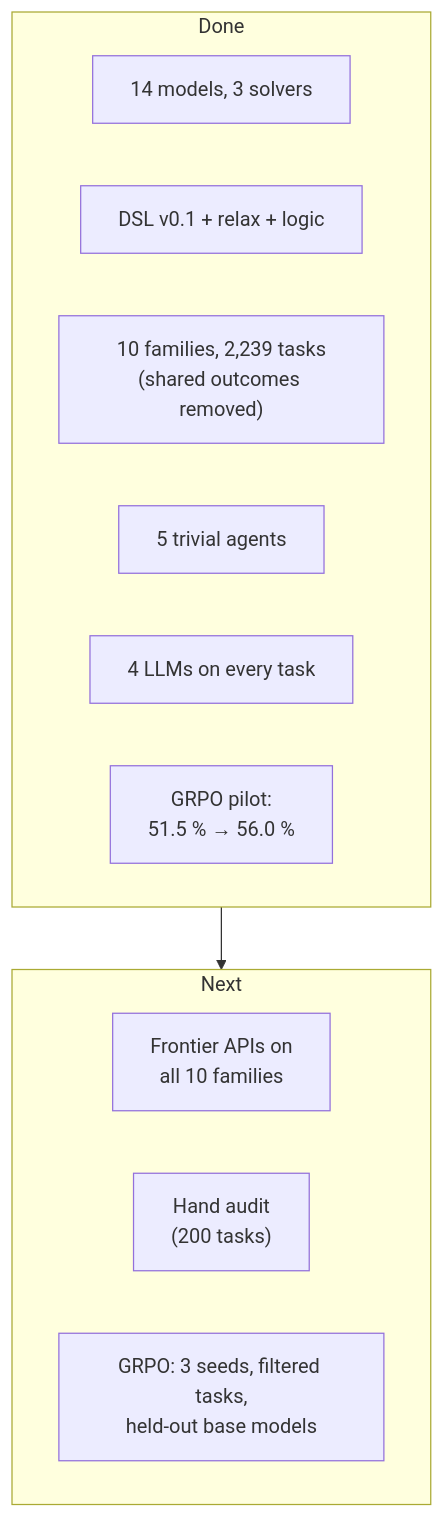
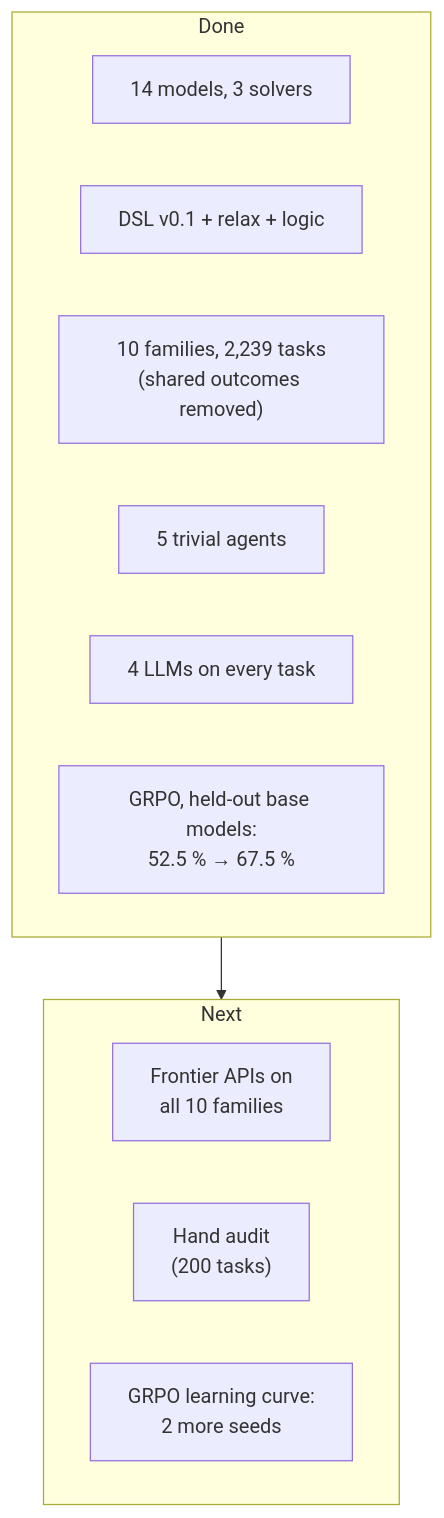
Before and after one commit to aptgetnitin/whatifgym: the tenth of 10 diagrams in README.md, drawn with Mermaid. The commit also changed other lines of this file and 4 other files, not shown here.

First line of the commit message:
Run 5: GRPO learning curve, 14 held-out base models (52.5 % -> 67.5 %, one seed)

````diff
--- a/README.md
+++ b/README.md
@@ -664,19 +698,19 @@
 ```mermaid
 flowchart TB
     subgraph D["Done"]
         direction LR
         D1["14 models, 3 solvers"]
         D2["DSL v0.1 + relax + logic"]
         D3["10 families, 2,239 tasks<br/>(shared outcomes removed)"]
         D4["5 trivial agents"]
         D5["4 LLMs on every task"]
-        D6["GRPO pilot:<br/>51.5 % → 56.0 %"]
+        D6["GRPO, held-out base models:<br/>52.5 % → 67.5 %"]
     end
     subgraph X["Next"]
         direction LR
         X1["Frontier APIs on<br/>all 10 families"]
         X4["Hand audit<br/>(200 tasks)"]
-        X5["GRPO: 3 seeds, filtered tasks,<br/>held-out base models"]
+        X5["GRPO learning curve:<br/>2 more seeds"]
     end
     D --> X
 ```
````
